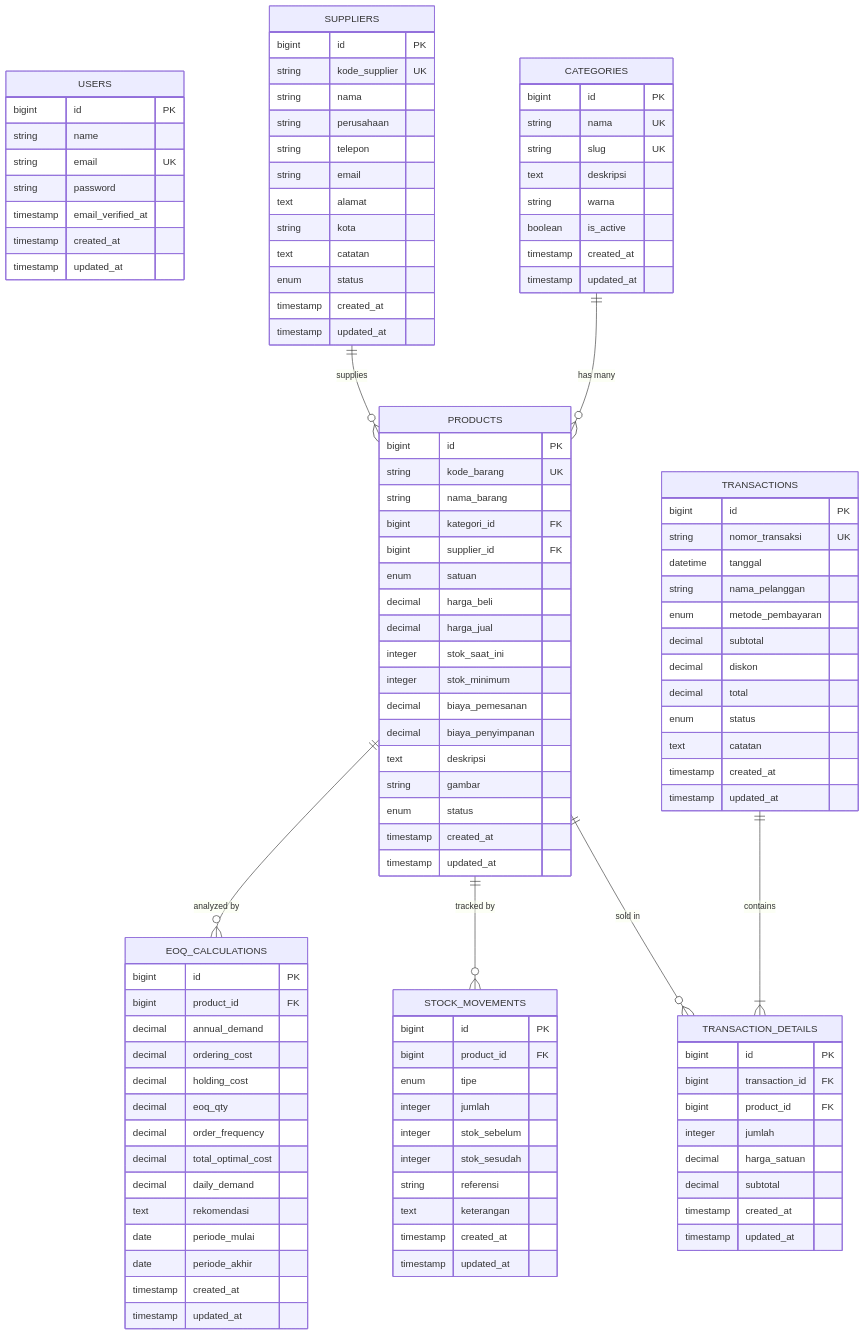
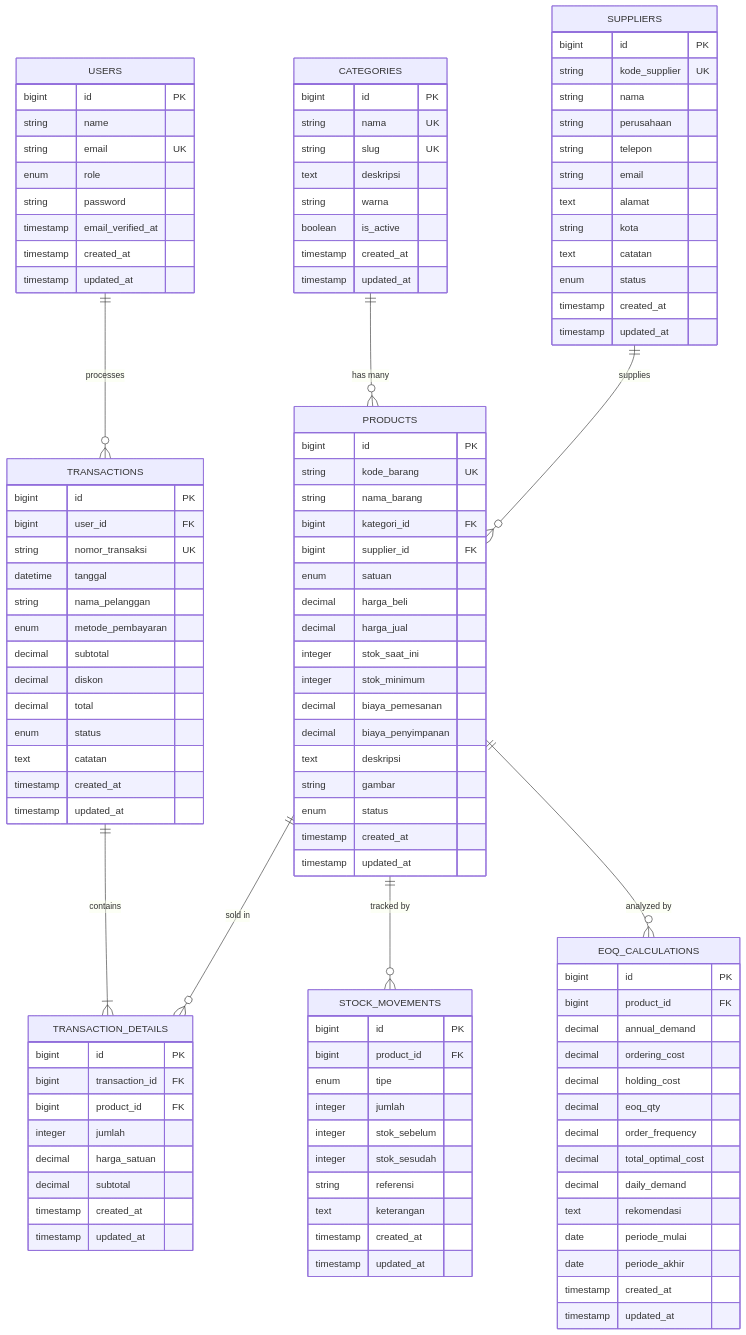
Before and after one commit to eL-hawkeem/Tanikuy: the diagram in docs/DATABASE.md, drawn with Mermaid. The commit also changed 38 other files, not shown here.

```diff
--- a/docs/DATABASE.md
+++ b/docs/DATABASE.md
@@ -15,6 +15,7 @@
         bigint id PK
         string name
         string email UK
+        enum role
         string password
         timestamp email_verified_at
         timestamp created_at
@@ -69,6 +70,7 @@
 
     TRANSACTIONS {
         bigint id PK
+        bigint user_id FK
         string nomor_transaksi UK
         datetime tanggal
         string nama_pelanggan
@@ -123,6 +125,7 @@
         timestamp updated_at
     }
 
+    USERS ||--o{ TRANSACTIONS : "processes"
     CATEGORIES ||--o{ PRODUCTS : "has many"
     SUPPLIERS ||--o{ PRODUCTS : "supplies"
     PRODUCTS ||--o{ TRANSACTION_DETAILS : "sold in"
```
